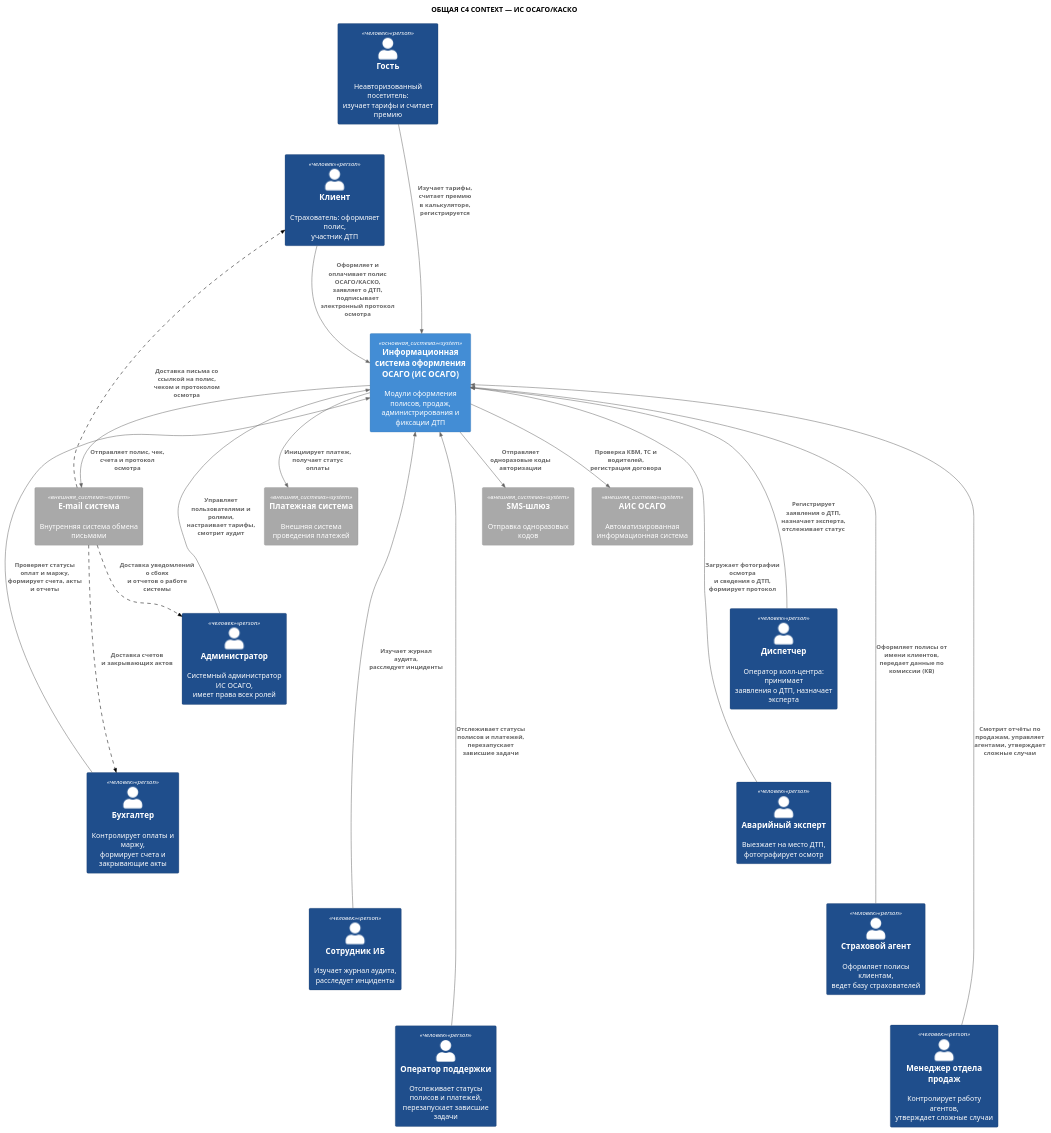
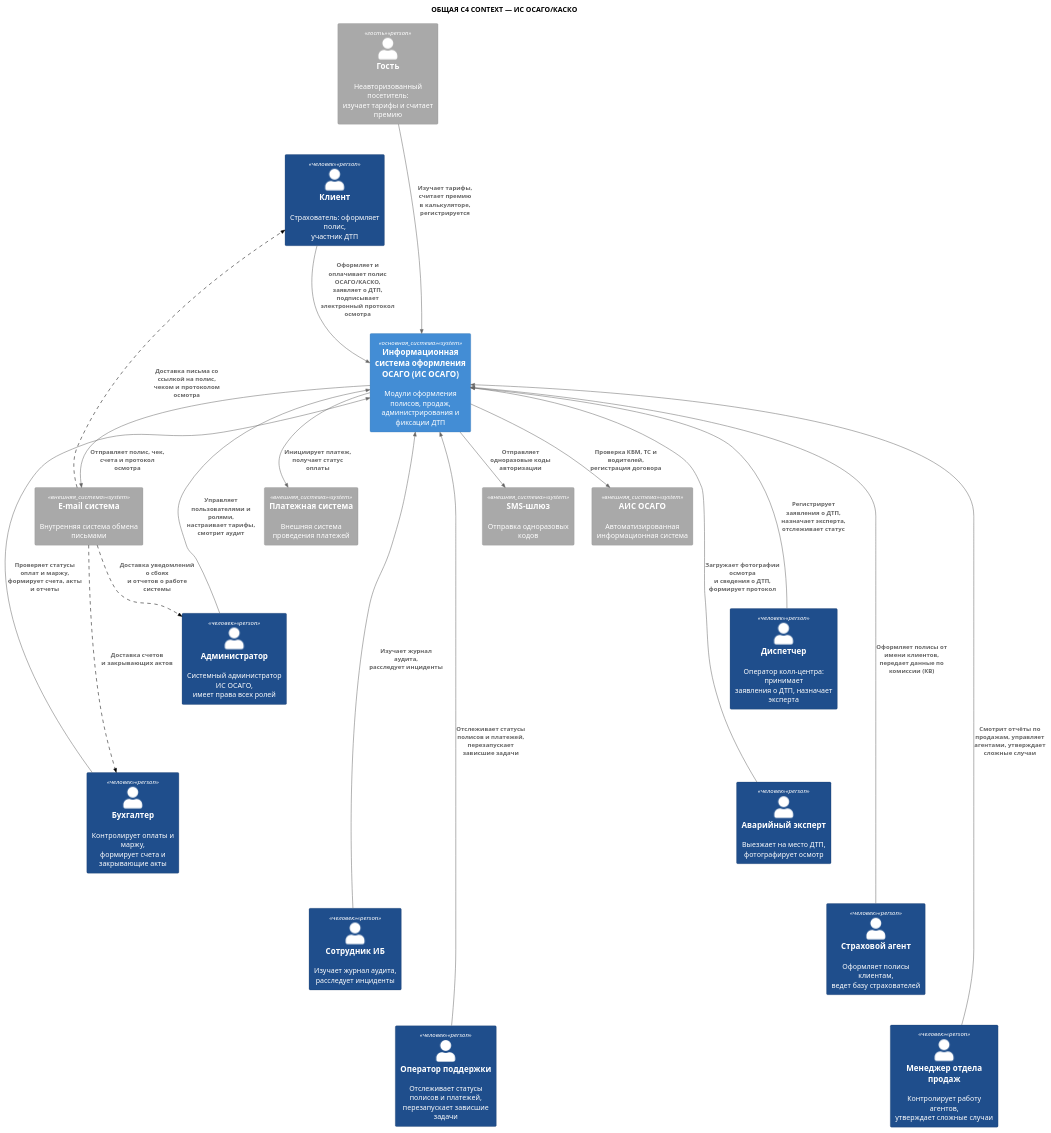
Before and after one commit to ElectricLight-ELO/Insurance-system: the diagram in docs_and_diagrams/context.puml, drawn with PlantUML. The commit also changed 1 other file, not shown here.

```diff
--- a/docs_and_diagrams/context.puml
+++ b/docs_and_diagrams/context.puml
@@ -1,96 +1,99 @@
 @startuml
 !include https://raw.githubusercontent.com/plantuml-stdlib/C4-PlantUML/master/C4_Context.puml
 
 title ОБЩАЯ C4 CONTEXT — ИС ОСАГО/КАСКО
 
 
 
 ' === НАСТРОЙКА ЦВЕТОВ ===
 
 ' Серые внешние системы
 AddSystemTag("внешняя_система", $bgColor="#A9A9A9", $borderColor="#8A8A8A", $fontColor="#FFFFFF")
 
 ' Голубая центральная система
 AddSystemTag("основная_система", $bgColor="#438DD5", $borderColor="#316CA5", $fontColor="#FFFFFF")
 
 ' Тёмно-синие люди (клиенты и сотрудники)
 AddPersonTag("человек", $bgColor="#1F4E8C", $borderColor="#143560", $fontColor="#FFFFFF")
 
+' Серый неавторизованный посетитель
+AddPersonTag("гость", $bgColor="#A9A9A9", $borderColor="#8A8A8A", $fontColor="#FFFFFF")
+
 ' Пунктирная линия
 AddRelTag("пунктир", $lineStyle = DashedLine(), $lineColor = "#000000")
 
 ' === ЭЛЕМЕНТЫ ===
 
 ' --- Клиенты (по умолчанию тёмно-синие, гость — серый) ---
-Person(guest, "Гость", "Неавторизованный посетитель:\nизучает тарифы и считает премию", $tags="человек")
+Person(guest, "Гость", "Неавторизованный посетитель:\nизучает тарифы и считает премию", $tags="гость")
 Person(client, "Клиент", "Страхователь: оформляет полис,\nучастник ДТП", $tags="человек")
 
 ' --- Сотрудники страховой ---
 Person(admin, "Администратор", "Системный администратор ИС ОСАГО,\nимеет права всех ролей", $tags="человек")
 Person(accountant, "Бухгалтер", "Контролирует оплаты и маржу,\nформирует счета и закрывающие акты", $tags="человек")
 Person(auditor, "Сотрудник ИБ", "Изучает журнал аудита,\nрасследует инциденты", $tags="человек")
 Person(support, "Оператор поддержки", "Отслеживает статусы полисов и платежей,\nперезапускает зависшие задачи", $tags="человек")
 Person(dispatcher, "Диспетчер", "Оператор колл-центра: принимает\nзаявления о ДТП, назначает эксперта", $tags="человек")
 Person(expert, "Аварийный эксперт", "Выезжает на место ДТП,\nфотографирует осмотр", $tags="человек")
 Person(agent, "Страховой агент", "Оформляет полисы клиентам,\nведет базу страхователей", $tags="человек")
 Person(manager, "Менеджер отдела продаж", "Контролирует работу агентов,\nутверждает сложные случаи", $tags="человек")
 
 ' --- Центральная система ---
 System(service, "Информационная система оформления ОСАГО (ИС ОСАГО)", "Модули оформления полисов, продаж,\nадминистрирования и фиксации ДТП", $tags="основная_система")
 
 ' --- Внешние системы ---
 System(payment_sys, "Платежная система", "Внешняя система проведения платежей", $tags="внешняя_система")
 System(email_sys, "E-mail система", "Внутренняя система обмена письмами", $tags="внешняя_система")
 System(sms_sys, "SMS-шлюз", "Отправка одноразовых кодов", $tags="внешняя_система")
 System(ais_osago, "АИС ОСАГО", "Автоматизированная информационная система", $tags="внешняя_система")
 
 ' === СВЯЗИ ===
 
 ' Гость и Клиент -> Сервис
 Rel(guest, service, "Изучает тарифы, считает премию\nв калькуляторе, регистрируется")
 Rel(client, service, "Оформляет и оплачивает полис ОСАГО/КАСКО,\nзаявляет о ДТП, подписывает\nэлектронный протокол осмотра")
 
 ' Сотрудники -> Сервис
 Rel(admin, service, "Управляет пользователями и ролями,\nнастраивает тарифы, смотрит аудит")
 Rel(accountant, service, "Проверяет статусы оплат и маржу,\nформирует счета, акты и отчеты")
 Rel(auditor, service, "Изучает журнал аудита,\nрасследует инциденты")
 Rel(support, service, "Отслеживает статусы полисов и платежей,\nперезапускает зависшие задачи")
 Rel(dispatcher, service, "Регистрирует заявления о ДТП,\nназначает эксперта, отслеживает статус")
 Rel(expert, service, "Загружает фотографии осмотра\nи сведения о ДТП, формирует протокол")
 Rel(agent, service, "Оформляет полисы от имени клиентов,\nпередает данные по комиссии (КВ)")
 Rel(manager, service, "Смотрит отчёты по продажам, управляет\nагентами, утверждает сложные случаи")
 
 ' Сервис -> внешние системы
 Rel(service, payment_sys, "Инициирует платеж,\nполучает статус оплаты")
 Rel(service, sms_sys, "Отправляет одноразовые коды\nавторизации")
 Rel(service, email_sys, "Отправляет полис, чек,\nсчета и протокол осмотра")
 Rel(service, ais_osago, "Проверка КБМ, ТС и водителей,\nрегистрация договора")
 
 ' E-mail система -> получатели (пунктир)
 Rel(email_sys, client, "Доставка письма со ссылкой на полис,\nчеком и протоколом осмотра", $tags="пунктир")
 Rel(email_sys, accountant, "Доставка счетов\nи закрывающих актов", $tags="пунктир")
 Rel(email_sys, admin, "Доставка уведомлений о сбоях\nи отчетов о работе системы", $tags="пунктир")
 
 ' === УПРАВЛЕНИЕ LAYOUT (скрытые связи) ===
 
 ' Клиенты слева
 guest -[hidden]down- client
 client -[hidden]right- service
 
 ' Сотрудники справа, двумя колонками
 service -[hidden]right- admin
 admin -[hidden]down- accountant
 accountant -[hidden]down- auditor
 auditor -[hidden]down- support
 admin -[hidden]right- dispatcher
 dispatcher -[hidden]down- expert
 expert -[hidden]down- agent
 agent -[hidden]down- manager
 
 ' Внешние системы снизу в ряд
 service -[hidden]down- payment_sys
 payment_sys -[hidden]right- email_sys
 email_sys -[hidden]right- sms_sys
 sms_sys -[hidden]right- ais_osago
 
 @enduml
```
